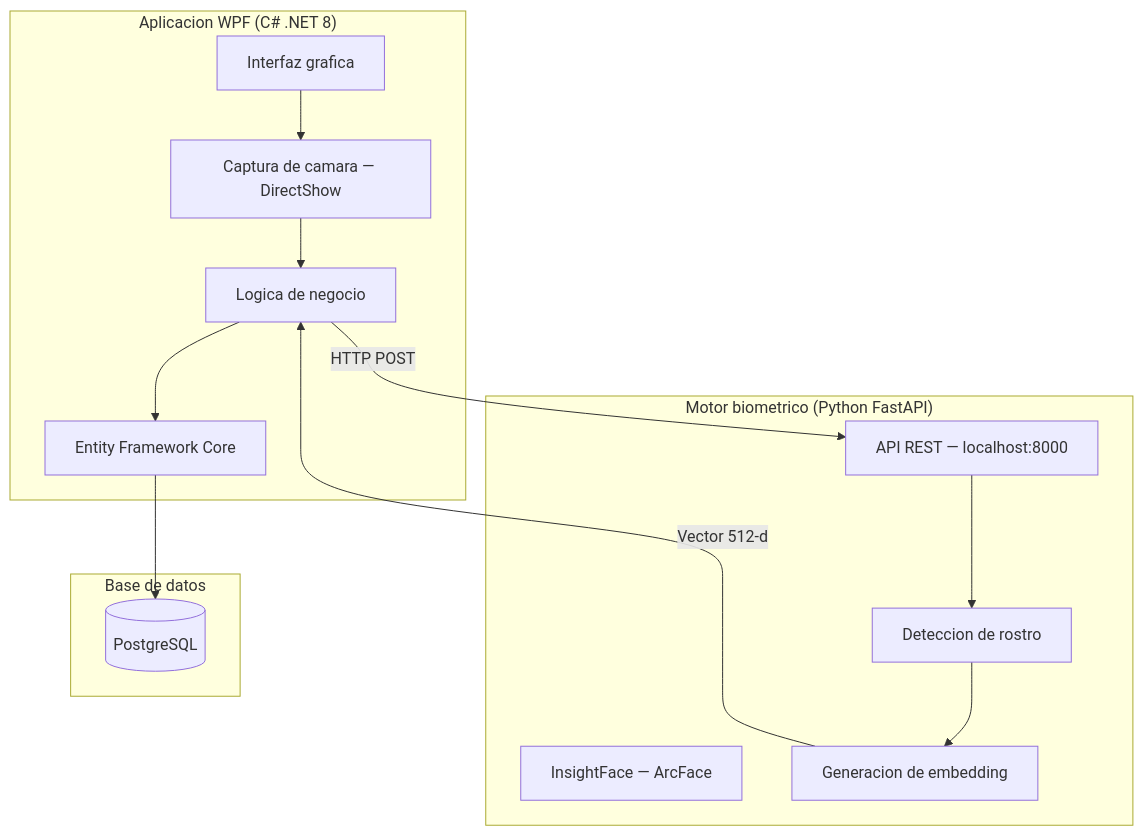
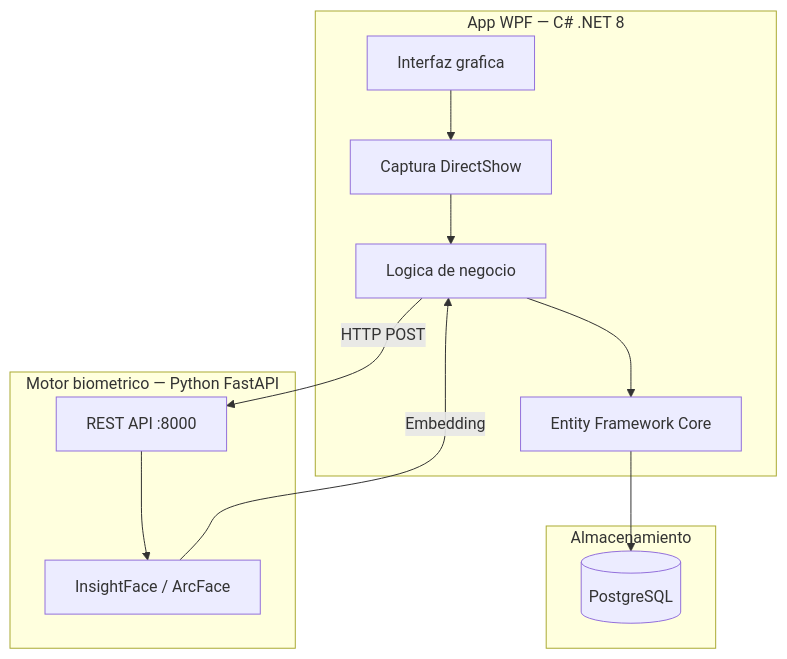
Before and after one commit to ramarstudio/RAMar_Repo: the diagram in docs/arquitectura/index.md, drawn with Mermaid. The commit also changed other lines of this file and 11 other files, not shown here.

````diff
--- a/docs/arquitectura/index.md
+++ b/docs/arquitectura/index.md
@@ -9,27 +13,23 @@
 ```mermaid
 graph TB
-    subgraph Desktop["Aplicacion WPF (C# .NET 8)"]
+    subgraph Desktop["App WPF — C# .NET 8"]
         UI[Interfaz grafica]
-        CAM[Captura de camara — DirectShow]
+        CAM[Captura DirectShow]
         BL[Logica de negocio]
         EF[Entity Framework Core]
     end
 
-    subgraph Python["Motor biometrico (Python FastAPI)"]
-        API[API REST — localhost:8000]
-        IF[InsightFace — ArcFace]
-        DET[Deteccion de rostro]
-        EMB[Generacion de embedding]
+    subgraph Python["Motor biometrico — Python FastAPI"]
+        API[REST API :8000]
+        IF[InsightFace / ArcFace]
     end
 
-    subgraph DB["Base de datos"]
+    subgraph DB["Almacenamiento"]
         PG[(PostgreSQL)]
     end
 
-    UI --> CAM
-    CAM --> BL
-    BL -->|HTTP POST| API
-    API --> DET --> EMB
-    EMB -->|Vector 512-d| BL
+    UI --> CAM --> BL
+    BL -->|HTTP POST| API --> IF
+    IF -->|Embedding| BL
     BL --> EF --> PG
 ```
````
